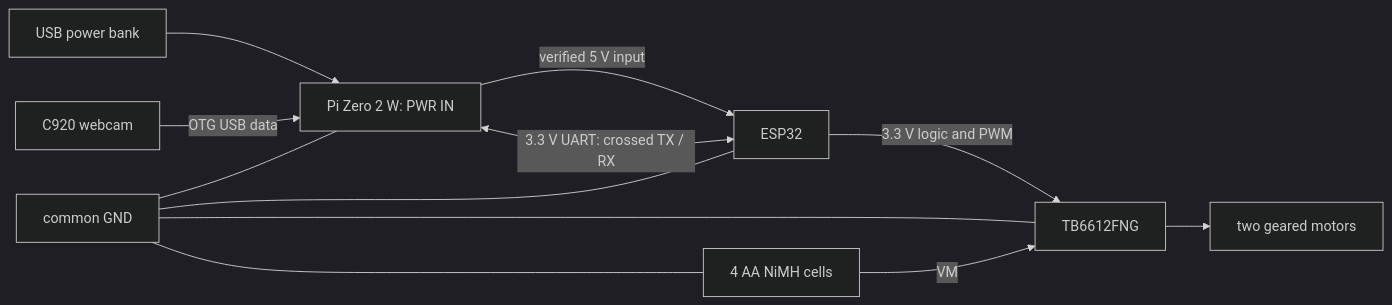
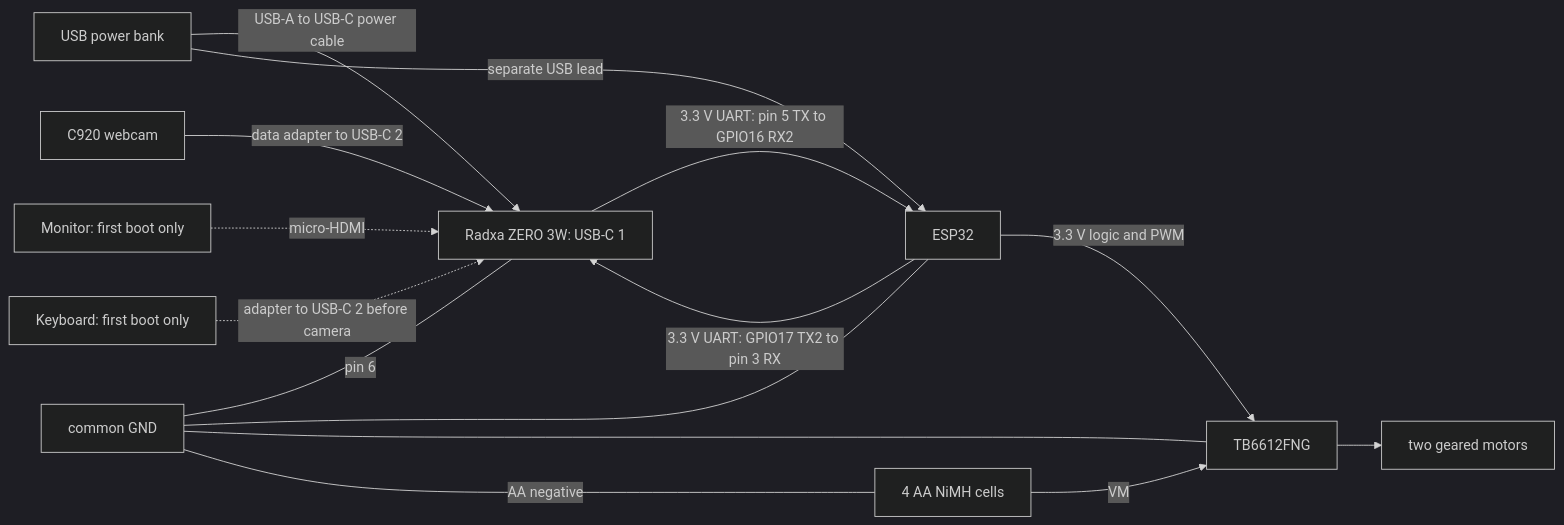
Before and after one commit to 50kfunded/gardening-data-rover: the diagram in hardware/wiring.md, drawn with Mermaid (dark theme). The commit also changed other lines of this file and 17 other files, not shown here.

````diff
--- a/hardware/wiring.md
+++ b/hardware/wiring.md
@@ -78,14 +109,17 @@
 ```mermaid
 flowchart LR
-    bank[USB power bank] --> pi[Pi Zero 2 W: PWR IN]
-    pi -->|verified 5 V input| esp[ESP32]
-    camera[C920 webcam] -->|OTG USB data| pi
-    pi <-->|3.3 V UART: crossed TX / RX| esp
+    bank[USB power bank] -->|USB-A to USB-C power cable| radxa[Radxa ZERO 3W: USB-C 1]
+    bank -->|separate USB lead| esp[ESP32]
+    camera[C920 webcam] -->|data adapter to USB-C 2| radxa
+    esp -->|3.3 V UART: GPIO17 TX2 to pin 3 RX| radxa
+    radxa -->|3.3 V UART: pin 5 TX to GPIO16 RX2| esp
+    monitor[Monitor: first boot only] -.->|micro-HDMI| radxa
+    keyboard[Keyboard: first boot only] -.->|adapter to USB-C 2 before camera| radxa
     cells[4 AA NiMH cells] -->|VM| driver[TB6612FNG]
     esp -->|3.3 V logic and PWM| driver
     driver --> motors[two geared motors]
-    ground[common GND] --- pi
+    ground[common GND] ---|pin 6| radxa
     ground --- esp
     ground --- driver
-    ground --- cells
+    ground ---|AA negative| cells
 ```
````
